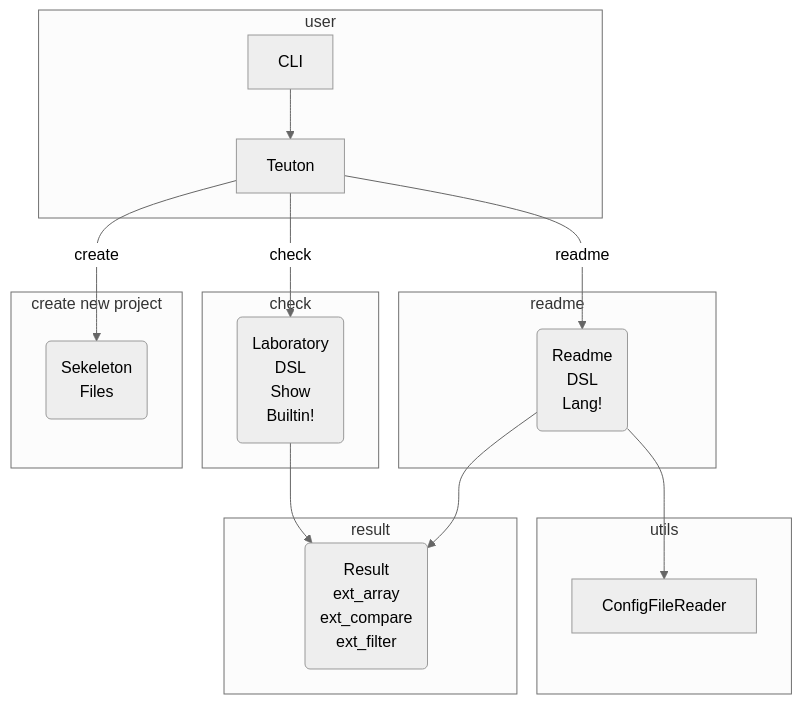
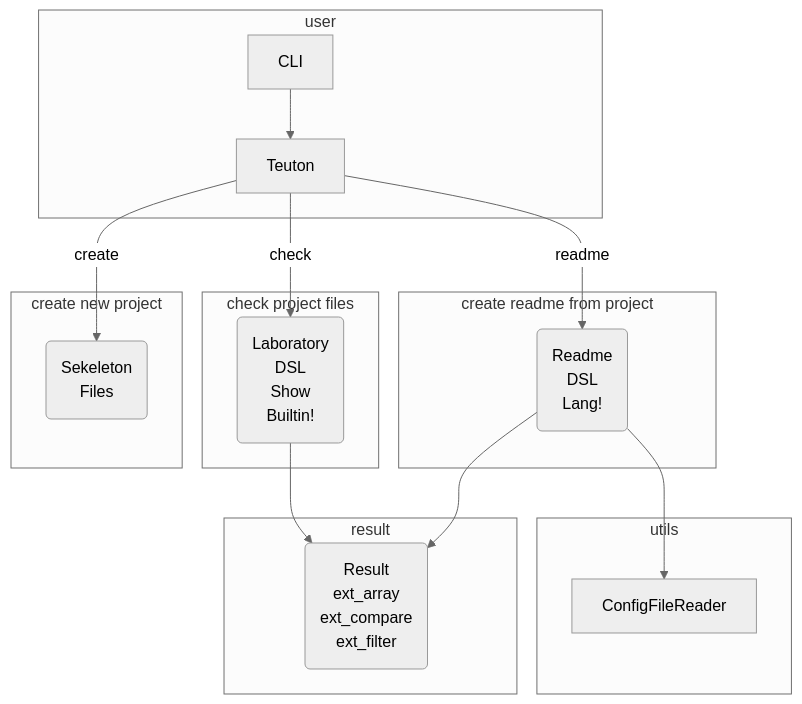
One commit to teuton-software/teuton changed the first of 2 diagrams in docs/diagram.md. Above: the diagram before and after it, drawn with Mermaid (neutral theme).

````diff
--- a/docs/diagram.md
+++ b/docs/diagram.md
@@ -5,28 +5,28 @@
 ```mermaid
 flowchart TB
 
 subgraph user
   CLI --> Teuton
 end
 
 subgraph "create new project"
   Teuton -- create --> Skeleton("Sekeleton\nFiles")
 end
 
-subgraph check
+subgraph "check project files"
   Teuton -- check --> Laboratory("Laboratory\nDSL\nShow\nBuiltin!")
 end
 
-subgraph readme
+subgraph "create readme from project"
   Teuton -- readme --> Readme("Readme\nDSL\nLang!")
 end
 
 subgraph result
   Laboratory --> Result
   Readme --> Result("Result\next_array\next_compare\next_filter")
 end
 
 subgraph utils
   Readme --> ConfigFileReader
 end
 ```
````
